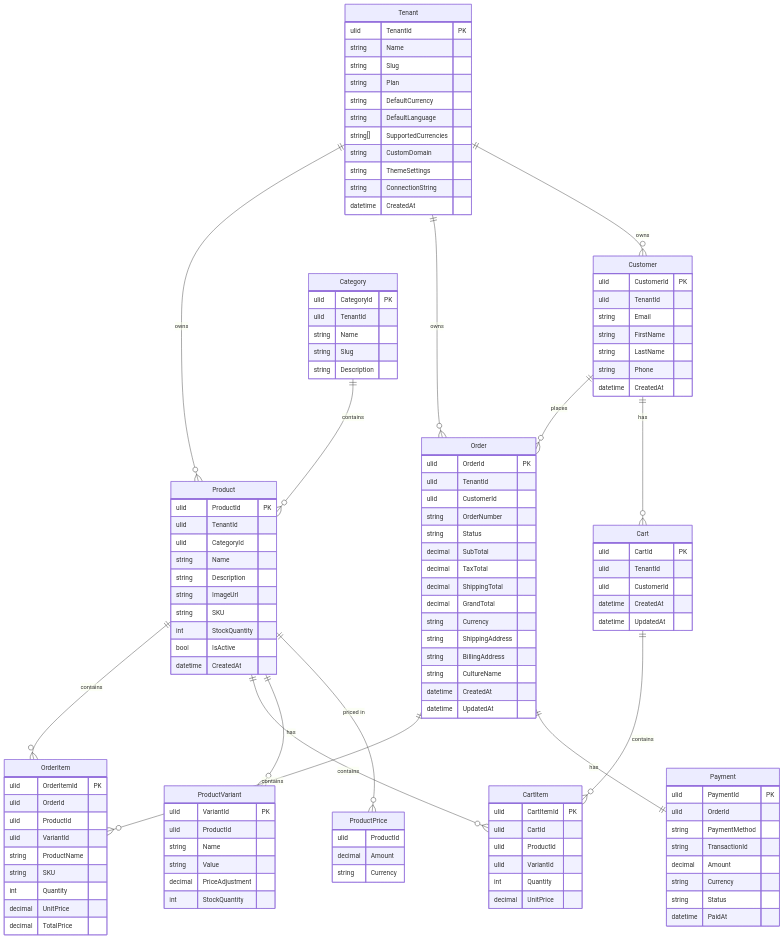
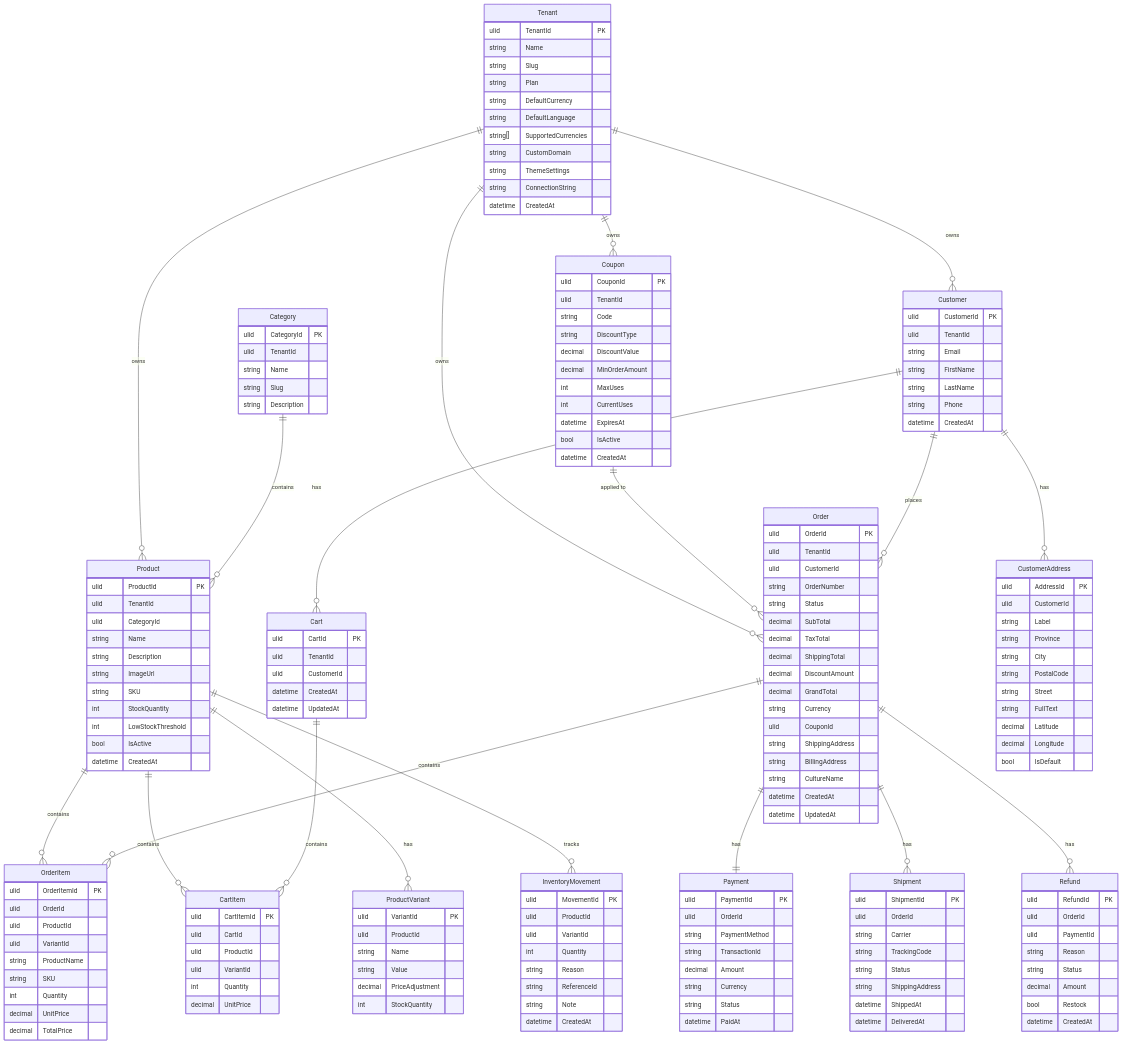
Before and after one commit to ParsaGachkar/MultiTenantShop: the first of 6 diagrams in docs/domain/model.md, drawn with Mermaid. The commit also changed other lines of this file, not shown here.

````diff
--- a/docs/domain/model.md
+++ b/docs/domain/model.md
@@ -9,6 +9,7 @@
     Tenant ||--o{ Product : "owns"
     Tenant ||--o{ Order : "owns"
     Tenant ||--o{ Customer : "owns"
+    Tenant ||--o{ Coupon : "owns"
     Tenant {
         ulid TenantId PK
         string Name
@@ -35,7 +36,7 @@
     Product ||--o{ OrderItem : "contains"
     Product ||--o{ CartItem : "contains"
     Product ||--o{ ProductVariant : "has"
-    Product ||--o{ ProductPrice : "priced in"
+    Product ||--o{ InventoryMovement : "tracks"
     Product {
         ulid ProductId PK
         ulid TenantId
@@ -45,6 +46,7 @@
         string ImageUrl
         string SKU
         int StockQuantity
+        int LowStockThreshold
         bool IsActive
         datetime CreatedAt
     }
@@ -58,10 +60,15 @@
         int StockQuantity
     }
 
-    ProductPrice {
+    InventoryMovement {
+        ulid MovementId PK
         ulid ProductId
-        decimal Amount
-        string Currency
+        ulid VariantId
+        int Quantity
+        string Reason
+        string ReferenceId
+        string Note
+        datetime CreatedAt
     }
 
     Cart ||--o{ CartItem : "contains"
@@ -82,8 +89,52 @@
         decimal UnitPrice
     }
 
+    Coupon ||--o{ Order : "applied to"
+    Coupon {
+        ulid CouponId PK
+        ulid TenantId
+        string Code
+        string DiscountType
+        decimal DiscountValue
+        decimal MinOrderAmount
+        int MaxUses
+        int CurrentUses
+        datetime ExpiresAt
+        bool IsActive
+        datetime CreatedAt
+    }
+
+    Customer ||--o{ Order : "places"
+    Customer ||--o{ Cart : "has"
+    Customer ||--o{ CustomerAddress : "has"
+    Customer {
+        ulid CustomerId PK
+        ulid TenantId
+        string Email
+        string FirstName
+        string LastName
+        string Phone
+        datetime CreatedAt
+    }
+
+    CustomerAddress {
+        ulid AddressId PK
+        ulid CustomerId
+        string Label
+        string Province
+        string City
+        string PostalCode
+        string Street
+        string FullText
+        decimal Latitude
+        decimal Longitude
+        bool IsDefault
+    }
+
     Order ||--o{ OrderItem : "contains"
     Order ||--|| Payment : "has"
+    Order ||--o{ Shipment : "has"
+    Order ||--o{ Refund : "has"
     Order {
         ulid OrderId PK
         ulid TenantId
@@ -93,8 +144,10 @@
         decimal SubTotal
         decimal TaxTotal
         decimal ShippingTotal
+        decimal DiscountAmount
         decimal GrandTotal
         string Currency
+        ulid CouponId
         string ShippingAddress
         string BillingAddress
         string CultureName
@@ -114,18 +167,6 @@
         decimal TotalPrice
     }
 
-    Customer ||--o{ Order : "places"
-    Customer ||--o{ Cart : "has"
-    Customer {
-        ulid CustomerId PK
-        ulid TenantId
-        string Email
-        string FirstName
-        string LastName
-        string Phone
-        datetime CreatedAt
-    }
-
     Payment {
         ulid PaymentId PK
         ulid OrderId
@@ -136,4 +177,26 @@
         string Status
         datetime PaidAt
     }
+
+    Shipment {
+        ulid ShipmentId PK
+        ulid OrderId
+        string Carrier
+        string TrackingCode
+        string Status
+        string ShippingAddress
+        datetime ShippedAt
+        datetime DeliveredAt
+    }
+
+    Refund {
+        ulid RefundId PK
+        ulid OrderId
+        ulid PaymentId
+        string Reason
+        string Status
+        decimal Amount
+        bool Restock
+        datetime CreatedAt
+    }
 ```
````
